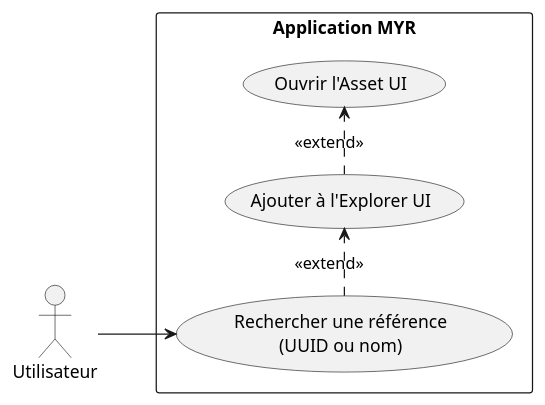
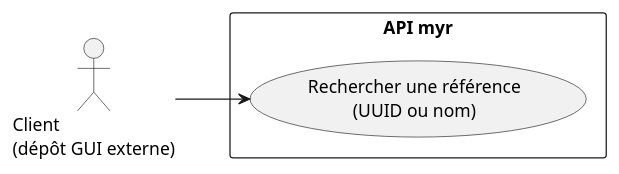
One commit to olivaux/myr changed the first of 2 diagrams in specs/2-Analyse/UCREC-Recherche/UCREC01.md. Above: the diagram before and after it, drawn with PlantUML. The commit also changed other lines of this file and 72 other files, not shown here.

````diff
--- a/specs/2-Analyse/UCREC-Recherche/UCREC01.md
+++ b/specs/2-Analyse/UCREC-Recherche/UCREC01.md
@@ -14,18 +14,14 @@
 ```plantuml
 @startuml
 left to right direction
 
-actor "Utilisateur" as U
+actor "Client\n(dépôt GUI externe)" as U
 
-rectangle "Application MYR" {
+rectangle "API myr" {
     usecase "Rechercher une référence\n(UUID ou nom)" as UC1
-    usecase "Ajouter à l'Explorer UI" as UC2
-    usecase "Ouvrir l'Asset UI" as UC3
 }
 
 U --> UC1
-UC1 .> UC2 : <<extend>>
-UC2 .> UC3 : <<extend>>
 
 @enduml
 ```
````
